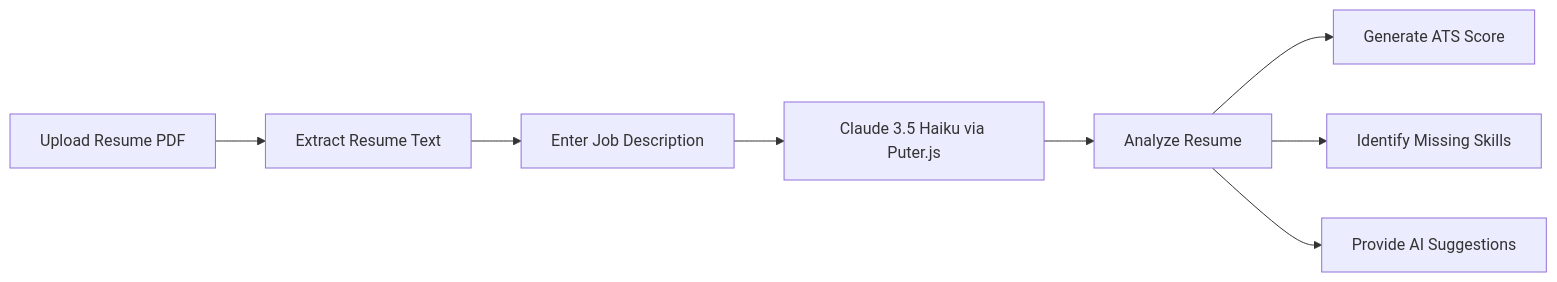
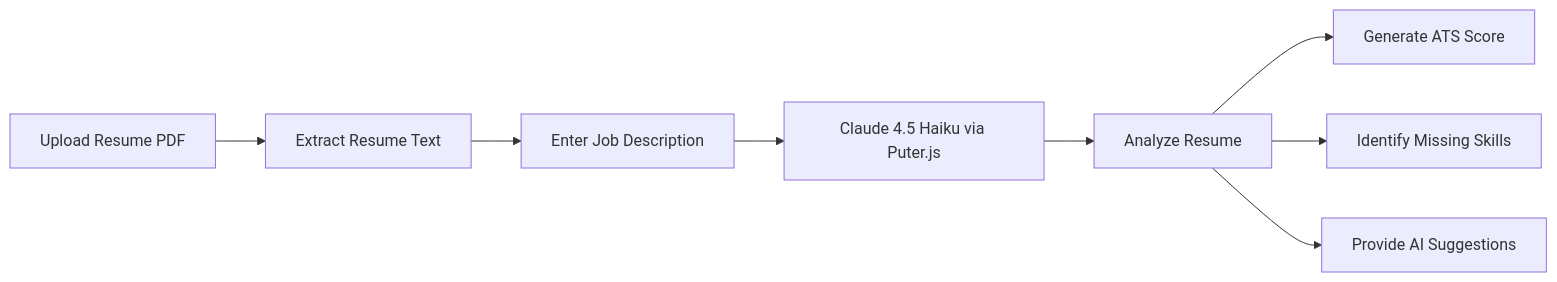
The diagram in README.md (tauqueerkhan018/ai-resume-analyzer), drawn with Mermaid before and after one commit. The commit also changed other lines of this file, not shown here.

````diff
--- a/README.md
+++ b/README.md
@@ -213,11 +213,11 @@
 ```mermaid
 flowchart LR
     A[Upload Resume PDF] --> B[Extract Resume Text]
     B --> C[Enter Job Description]
-    C --> D[Claude 3.5 Haiku via Puter.js]
+    C --> D[Claude 4.5 Haiku via Puter.js]
     D --> E[Analyze Resume]
     E --> F[Generate ATS Score]
     E --> G[Identify Missing Skills]
     E --> H[Provide AI Suggestions]
 
 ```
````
